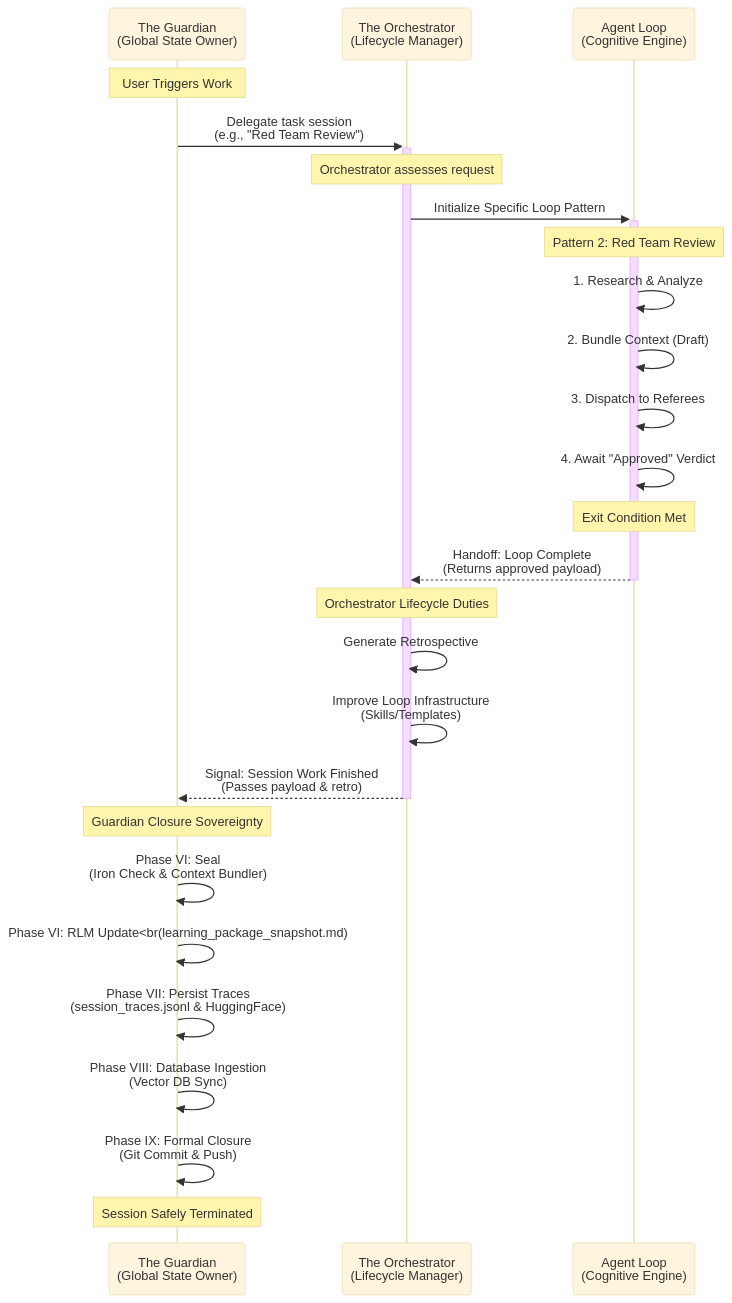
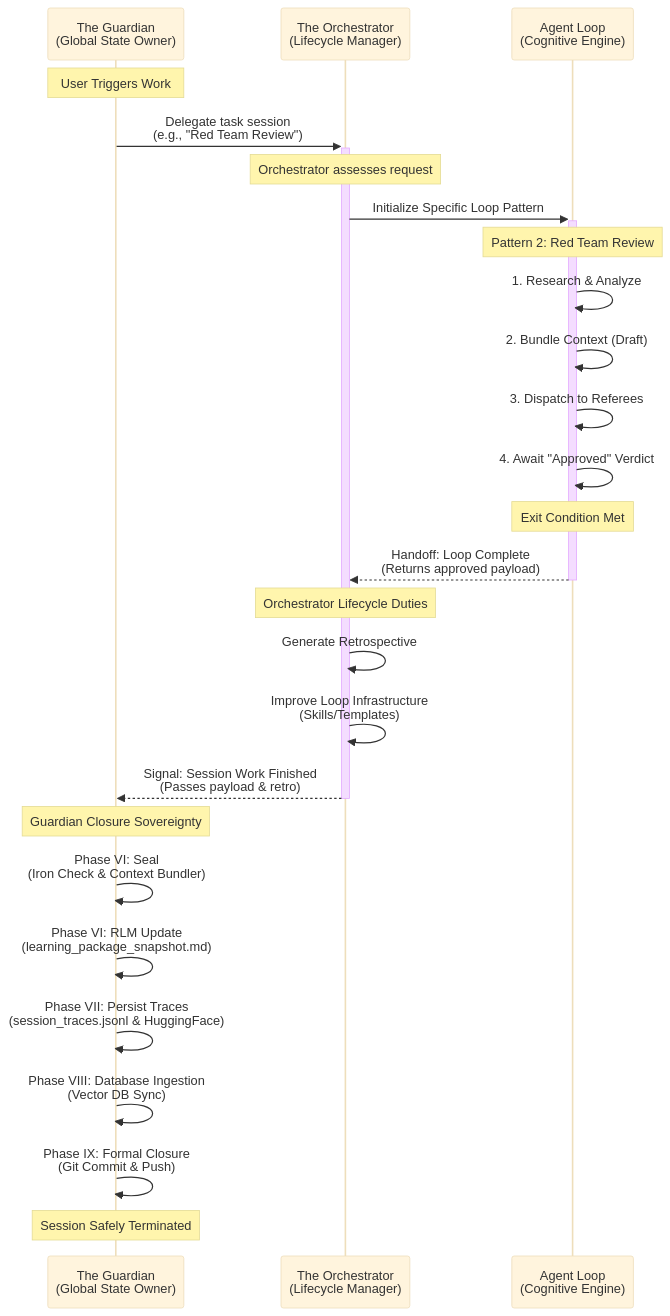
One commit to richfrem/Project_Sanctuary changed the diagram in plugins/sanctuary-guardian/resources/diagrams/guardian_handshake.mmd. Above: the diagram before and after it, drawn with Mermaid. The commit also changed other lines of this file and 230 other files, not shown here.

```diff
--- a/plugins/sanctuary-guardian/resources/diagrams/guardian_handshake.mmd
+++ b/plugins/sanctuary-guardian/resources/diagrams/guardian_handshake.mmd
@@ -1,49 +1,49 @@
 ---
 config:
   theme: base
 ---
 
 %% Architecture: Separation of Concerns (The Guardian Handshake)
-%% Location: plugins/guardian-onboarding/resources/diagrams/guardian_handshake.mmd
+%% Location: plugins/sanctuary-guardian/resources/diagrams/guardian_handshake.mmd
 %% Illustrates how the Guardian, Orchestrator, and individual Loops interact without overstepping boundaries.
 
 sequenceDiagram
     participant G as The Guardian<br>(Global State Owner)
     participant O as The Orchestrator<br>(Lifecycle Manager)
     participant L as Agent Loop<br>(Cognitive Engine)
     
     Note over G: User Triggers Work
     G->>+O: Delegate task session<br>(e.g., "Red Team Review")
     
     %% --- THE ORCHESTRATOR PHASE ---
     Note over O: Orchestrator assesses request
     O->>+L: Initialize Specific Loop Pattern
     
     %% --- THE LOOP PHASE ---
     Note over L: Pattern 2: Red Team Review
     L->>L: 1. Research & Analyze
     L->>L: 2. Bundle Context (Draft)
     L->>L: 3. Dispatch to Referees
     L->>L: 4. Await "Approved" Verdict
     
     %% The critical handoff: Loop does NO global state management
     Note over L: Exit Condition Met
     L-->>-O: Handoff: Loop Complete<br>(Returns approved payload)
     
     %% --- THE POST-LOOP PHASE ---
     Note over O: Orchestrator Lifecycle Duties
     O->>O: Generate Retrospective
     O->>O: Improve Loop Infrastructure<br>(Skills/Templates)
     
     O-->>-G: Signal: Session Work Finished<br>(Passes payload & retro)
     
     %% --- THE CLOSURE PHASE ---
     Note over G: Guardian Closure Sovereignty
     
     G->>G: Phase VI: Seal<br>(Iron Check & Context Bundler)
-    G->>G: Phase VI: RLM Update<br(learning_package_snapshot.md)
+    G->>G: Phase VI: RLM Update<br>(learning_package_snapshot.md)
     G->>G: Phase VII: Persist Traces<br>(session_traces.jsonl & HuggingFace)
     G->>G: Phase VIII: Database Ingestion<br>(Vector DB Sync)
     G->>G: Phase IX: Formal Closure<br>(Git Commit & Push)
     
     Note over G: Session Safely Terminated
```
